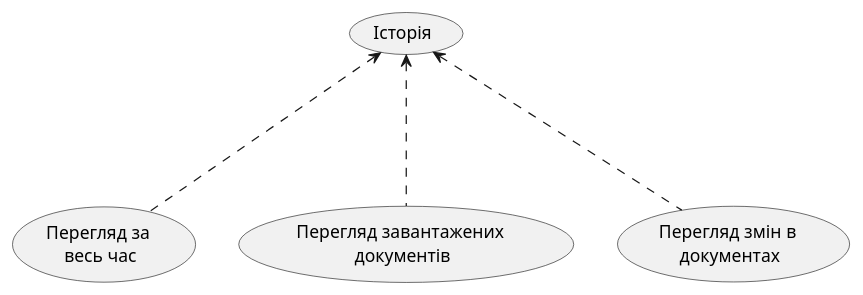
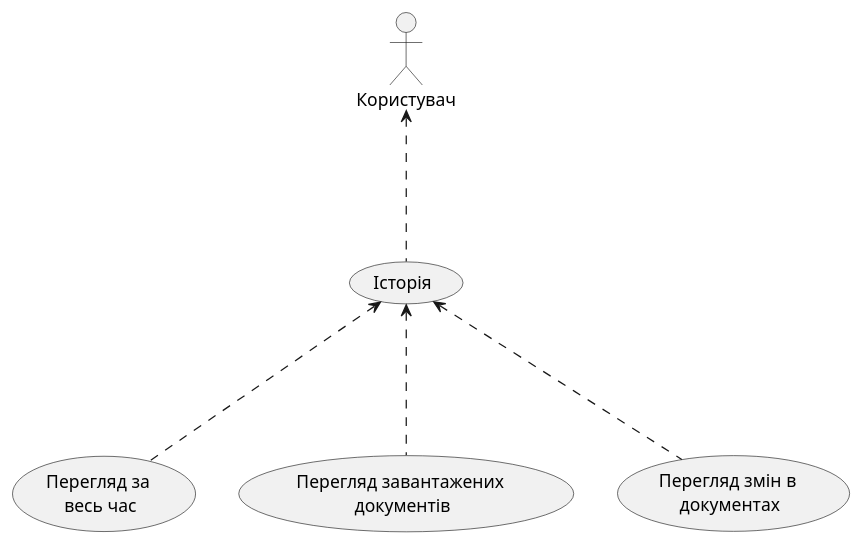
One commit to Ananasik-bet/occured-FICT changed the diagram in Project/doc/useCaseDiagrams/plantUml/history.puml. Above: the diagram before and after it, drawn with PlantUML.

```diff
--- a/Project/doc/useCaseDiagrams/plantUml/history.puml
+++ b/Project/doc/useCaseDiagrams/plantUml/history.puml
@@ -1,7 +1,11 @@
 @startuml
+
+:Користувач: as user
+
+user<...(Історія)
 
 (Історія)<...(Перегляд за \nвесь час)
 (Історія)<...(Перегляд завантажених \nдокументів)
 (Історія)<...(Перегляд змін в \nдокументах)
 
 @endum
```
